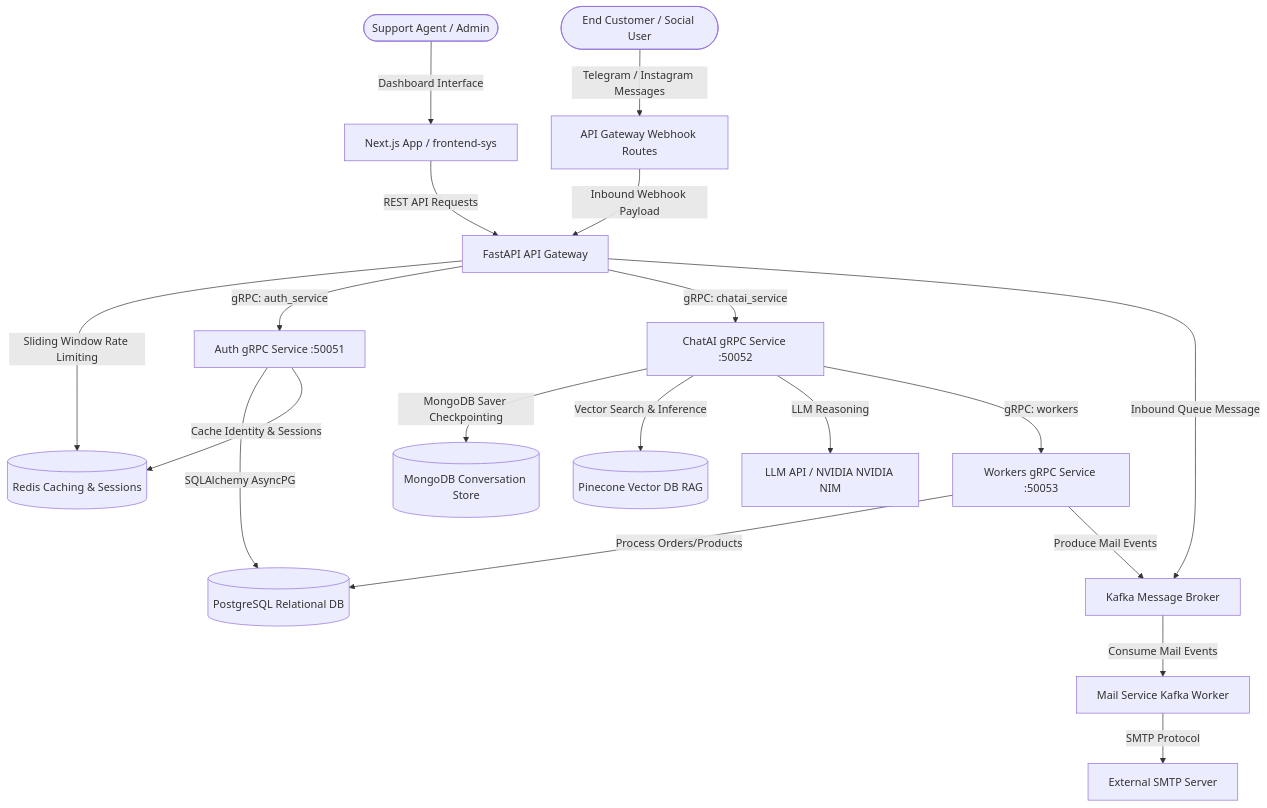
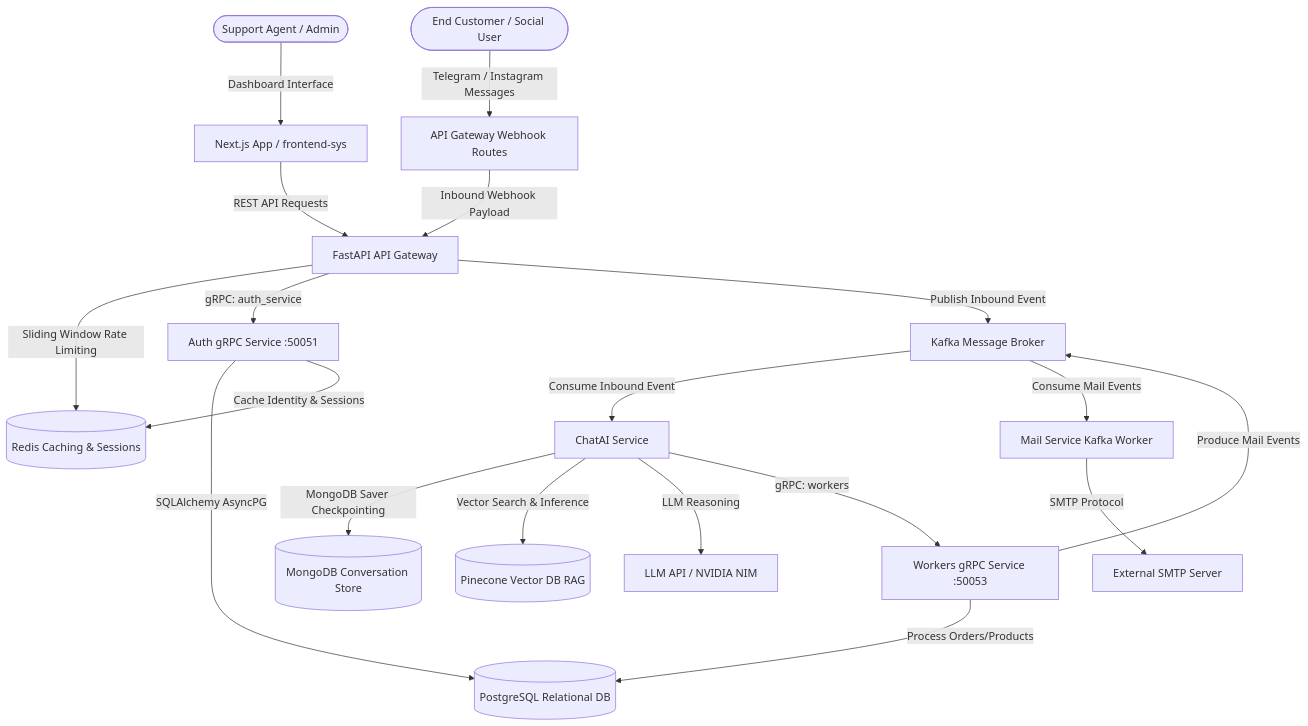
Before and after one commit to sugam2060/sahayak.ai: the diagram in README.md, drawn with Mermaid. The commit also changed 1 other file, not shown here.

Commit message:
Update ChatAI service description to Kafka consumer worker in architecture diagrams and docs

````diff
--- a/README.md
+++ b/README.md
@@ -13,34 +13,36 @@
 ```mermaid
 graph TD
     %% Clients
     User([End Customer / Social User]) -->|Telegram / Instagram Messages| Webhooks[API Gateway Webhook Routes]
     Agent([Support Agent / Admin]) -->|Dashboard Interface| NextJS[Next.js App / frontend-sys]
 
     %% Front Facing Gateway
     NextJS -->|REST API Requests| Gateway[FastAPI API Gateway]
     Webhooks -->|Inbound Webhook Payload| Gateway
 
     %% Gateway Dependencies
     Gateway -->|Sliding Window Rate Limiting| Redis[(Redis Caching & Sessions)]
     
-    %% gRPC Routing
+    %% Service Communications
     Gateway -->|gRPC: auth_service| Auth[Auth gRPC Service :50051]
-    Gateway -->|gRPC: chatai_service| ChatAI[ChatAI gRPC Service :50052]
+    Gateway -->|Publish Inbound Event| Kafka[Kafka Message Broker]
+    
+    %% ChatAI Service
+    Kafka -->|Consume Inbound Event| ChatAI[ChatAI Service]
 
     %% Databases
     Auth -->|SQLAlchemy AsyncPG| PG[(PostgreSQL Relational DB)]
     Auth -->|Cache Identity & Sessions| Redis
     
     %% AI Agent Flow
     ChatAI -->|MongoDB Saver Checkpointing| Mongo[(MongoDB Conversation Store)]
     ChatAI -->|Vector Search & Inference| Pinecone[(Pinecone Vector DB RAG)]
-    ChatAI -->|LLM Reasoning| LLM[LLM API / NVIDIA NVIDIA NIM]
+    ChatAI -->|LLM Reasoning| LLM[LLM API / NVIDIA NIM]
     ChatAI -->|gRPC: workers| Workers[Workers gRPC Service :50053]
     
     %% Background Workers & Kafka Messaging
-    Gateway -->|Inbound Queue Message| Kafka[Kafka Message Broker]
     Workers -->|Process Orders/Products| PG
     Workers -->|Produce Mail Events| Kafka
     Kafka -->|Consume Mail Events| MailWorker[Mail Service Kafka Worker]
     MailWorker -->|SMTP Protocol| SMTP[External SMTP Server]
 ```
````
